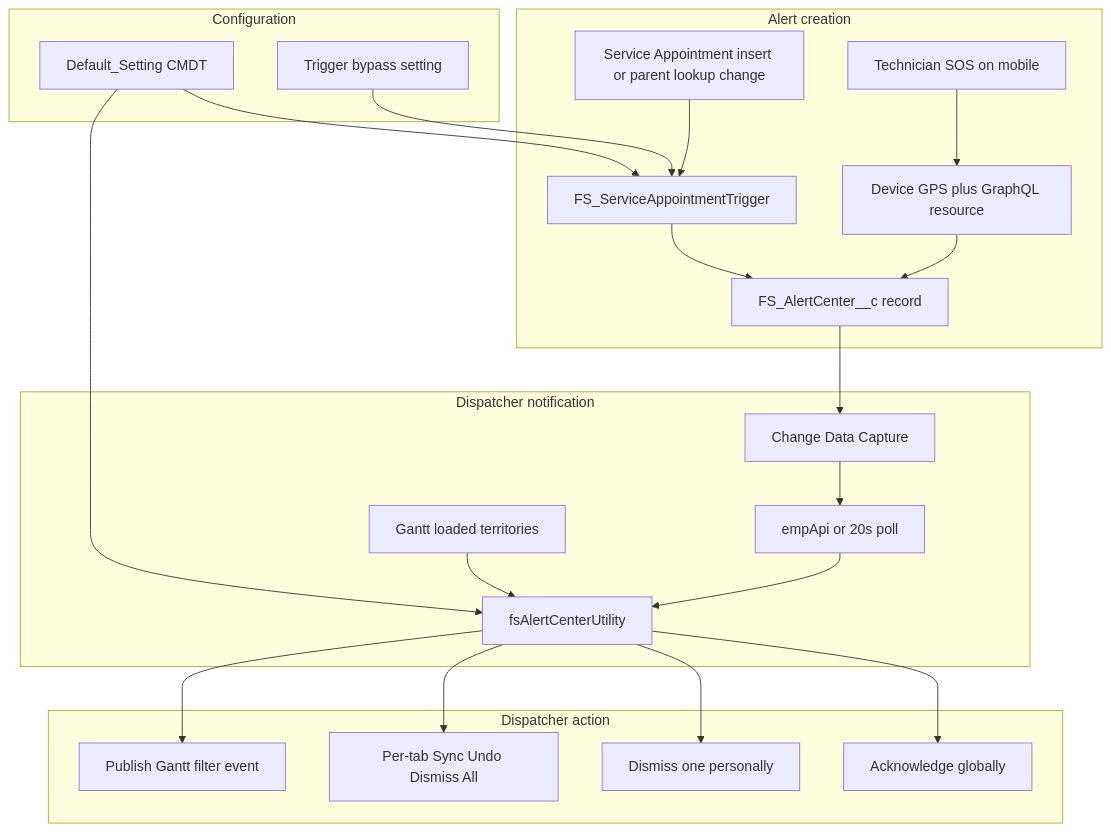
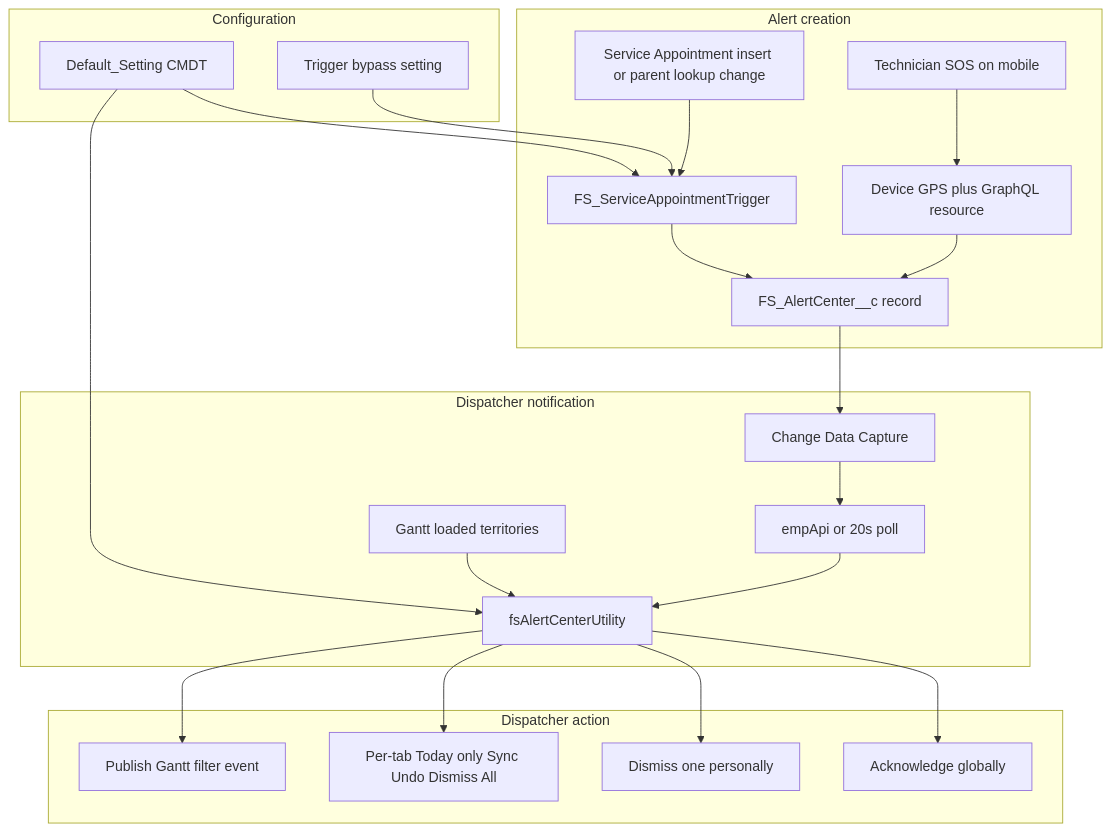
The first of 3 diagrams in README.md (SaiChinta/job-alert-component), drawn with Mermaid before and after one commit. The commit also changed other lines of this file and 7 other files, not shown here.

````diff
--- a/README.md
+++ b/README.md
@@ -22,45 +22,45 @@
 ```mermaid
 flowchart TD
     subgraph config [Configuration]
         CMDT[Default_Setting CMDT]
         Bypass[Trigger bypass setting]
     end
 
     subgraph create [Alert creation]
         SA[Service Appointment insert or parent lookup change]
         Trig[FS_ServiceAppointmentTrigger]
         SOS[Technician SOS on mobile]
         GPS[Device GPS plus GraphQL resource]
         Rec[FS_AlertCenter__c record]
     end
 
     subgraph notify [Dispatcher notification]
         CDC[Change Data Capture]
         Emp[empApi or 20s poll]
         Util[fsAlertCenterUtility]
         Terr[Gantt loaded territories]
     end
 
     subgraph act [Dispatcher action]
         Ack[Acknowledge globally]
         Dis[Dismiss one personally]
-        TabAct[Per-tab Sync Undo Dismiss All]
+        TabAct[Per-tab Today only Sync Undo Dismiss All]
         Filt[Publish Gantt filter event]
     end
 
     CMDT --> Trig
     Bypass --> Trig
     SA --> Trig
     Trig --> Rec
     SOS --> GPS
     GPS --> Rec
     Rec --> CDC
     CDC --> Emp
     Emp --> Util
     Terr --> Util
     CMDT --> Util
     Util --> Ack
     Util --> Dis
     Util --> TabAct
     Util --> Filt
 ```
````
